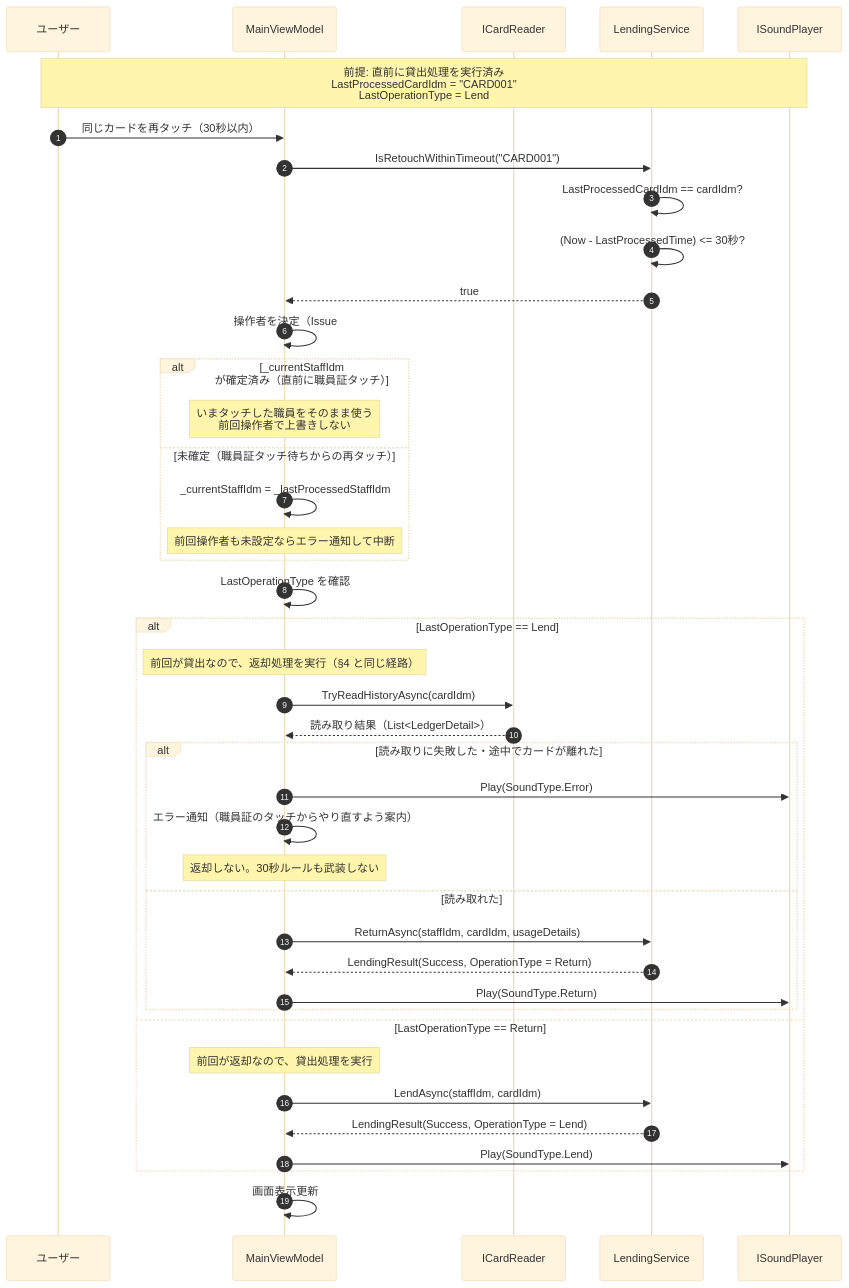
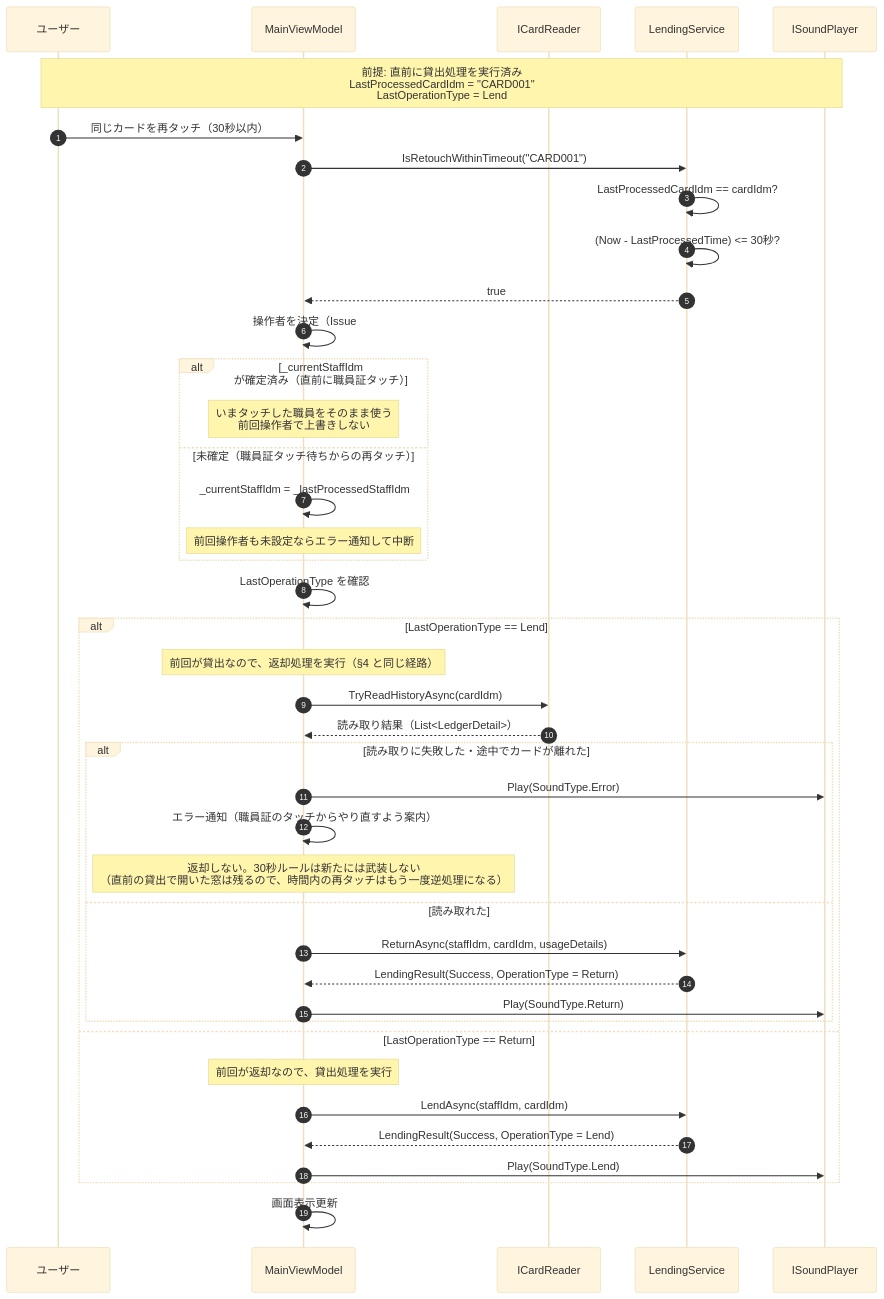
One commit to kuwayamamasayuki/ICCardManager changed the fifth of 17 diagrams in ICCardManager/docs/design/06_シーケンス図.md. Above: the diagram before and after it, drawn with Mermaid (base theme). The commit also changed other lines of this file and 1 other file, not shown here.

First line of the commit message:
docs: シーケンス図のレビュー指摘を反映し、#2309 から申し送りの食い違いを直した（#2310）

````diff
--- a/ICCardManager/docs/design/06_シーケンス図.md
+++ b/ICCardManager/docs/design/06_シーケンス図.md
@@ -384,51 +390,51 @@
 ```mermaid
 sequenceDiagram
     autonumber
     participant User as ユーザー
     participant VM as MainViewModel
     participant Reader as ICardReader
     participant LS as LendingService
     participant Sound as ISoundPlayer
 
     Note over User,Sound: 前提: 直前に貸出処理を実行済み<br/>LastProcessedCardIdm = "CARD001"<br/>LastOperationType = Lend
 
     User->>VM: 同じカードを再タッチ（30秒以内）
 
     VM->>LS: IsRetouchWithinTimeout("CARD001")
     LS->>LS: LastProcessedCardIdm == cardIdm?
     LS->>LS: (Now - LastProcessedTime) <= 30秒?
     LS-->>VM: true
 
     VM->>VM: 操作者を決定（Issue #1729）
 
     alt _currentStaffIdm が確定済み（直前に職員証タッチ）
         Note over VM: いまタッチした職員をそのまま使う<br/>前回操作者で上書きしない
     else 未確定（職員証タッチ待ちからの再タッチ）
         VM->>VM: _currentStaffIdm = _lastProcessedStaffIdm
         Note over VM: 前回操作者も未設定ならエラー通知して中断
     end
 
     VM->>VM: LastOperationType を確認
 
     alt LastOperationType == Lend
         Note over VM: 前回が貸出なので、返却処理を実行（§4 と同じ経路）
         VM->>Reader: TryReadHistoryAsync(cardIdm)
         Reader-->>VM: 読み取り結果（List<LedgerDetail>）
         alt 読み取りに失敗した・途中でカードが離れた
             VM->>Sound: Play(SoundType.Error)
             VM->>VM: エラー通知（職員証のタッチからやり直すよう案内）
-            Note over VM: 返却しない。30秒ルールも武装しない
+            Note over VM: 返却しない。30秒ルールは新たには武装しない<br/>（直前の貸出で開いた窓は残るので、時間内の再タッチはもう一度逆処理になる）
         else 読み取れた
             VM->>LS: ReturnAsync(staffIdm, cardIdm, usageDetails)
             LS-->>VM: LendingResult(Success, OperationType = Return)
             VM->>Sound: Play(SoundType.Return)
         end
     else LastOperationType == Return
         Note over VM: 前回が返却なので、貸出処理を実行
         VM->>LS: LendAsync(staffIdm, cardIdm)
         LS-->>VM: LendingResult(Success, OperationType = Lend)
         VM->>Sound: Play(SoundType.Lend)
     end
 
     VM->>VM: 画面表示更新
 ```
````
